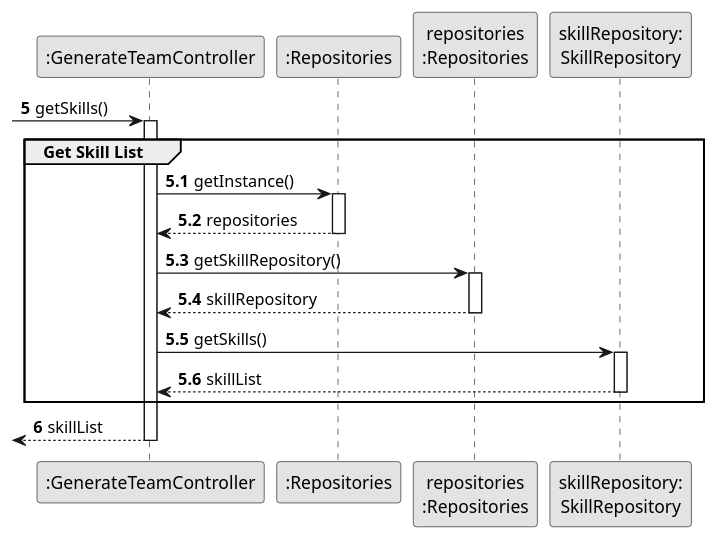
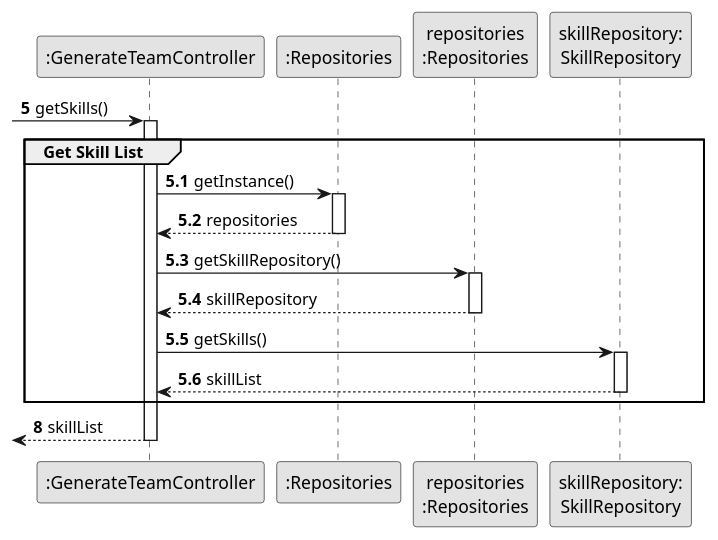
Before and after one commit to Departamento-de-Engenharia-Informatica/lei-24-s2-1dm-g132: the diagram in docs/sprintB/us005/03.design/puml/us005-sequence-diagram-partial-get-skill-list.puml, drawn with PlantUML. The commit also changed 20 other files, not shown here.

Commit message:
US005 sequence diagrams final version

```diff
--- a/docs/sprintB/us005/03.design/puml/us005-sequence-diagram-partial-get-skill-list.puml
+++ b/docs/sprintB/us005/03.design/puml/us005-sequence-diagram-partial-get-skill-list.puml
@@ -1,43 +1,43 @@
 @startuml
 skinparam monochrome true
 skinparam packageStyle rectangle
 skinparam shadowing false
 
 autonumber 5
 'hide footbox
 
 participant ":GenerateTeamController" as CTRL
 participant ":Repositories" as RepositorySingleton
 participant "repositories\n:Repositories" as PLAT
 participant "skillRepository:\nSkillRepository" as SkillRepository
 
  -> CTRL : getSkills()
             autonumber 5.1
             activate CTRL
             group Get Skill List
 
                 CTRL -> RepositorySingleton : getInstance()
                 activate RepositorySingleton
 
                     RepositorySingleton --> CTRL: repositories
                 deactivate RepositorySingleton
 
                 CTRL -> PLAT : getSkillRepository()
                 activate PLAT
 
                     PLAT --> CTRL: skillRepository
                 deactivate PLAT
 
                 CTRL -> SkillRepository : getSkills()
                 activate SkillRepository
 
                     SkillRepository --> CTRL : skillList
                 deactivate SkillRepository
 
                 end
-                autonumber 6
+                autonumber 8
                 <-- CTRL : skillList
             deactivate CTRL
 
 
 @enduml
```
